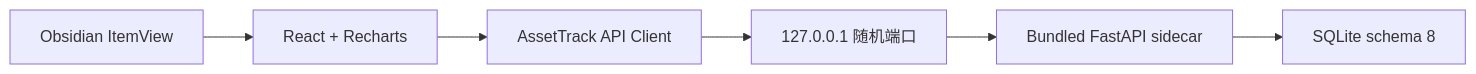
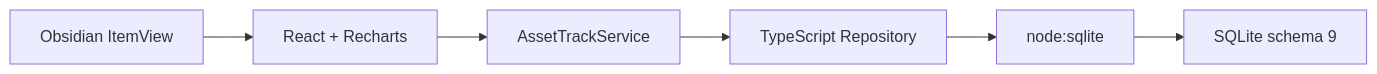
Before and after one commit to ApoclyReol/AssetTrack-Obsidian: the diagram in docs/04-architecture.md, drawn with Mermaid. The commit also changed other lines of this file and 93 other files, not shown here.

````diff
--- a/docs/04-architecture.md
+++ b/docs/04-architecture.md
@@ -5,8 +5,8 @@
 ```mermaid
 flowchart LR
     A["Obsidian ItemView"] --> B["React + Recharts"]
-    B --> C["AssetTrack API Client"]
-    C --> D["127.0.0.1 随机端口"]
-    D --> E["Bundled FastAPI sidecar"]
-    E --> F["SQLite schema 8"]
+    B --> C["AssetTrackService"]
+    C --> D["TypeScript Repository"]
+    D --> E["node:sqlite"]
+    E --> F["SQLite schema 9"]
 ```
````
